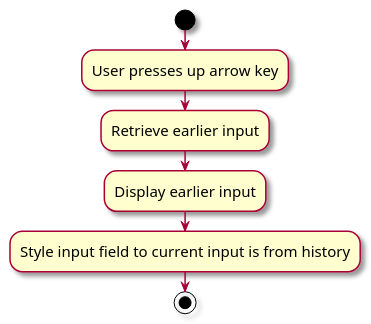
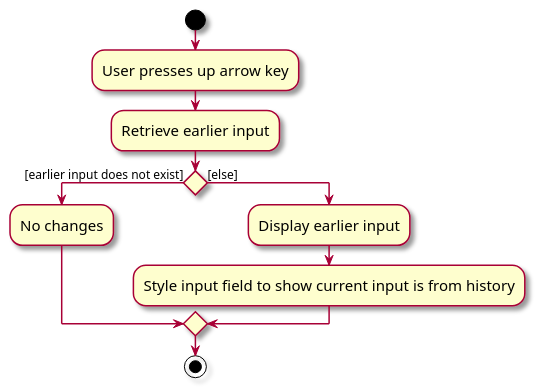
Before and after one commit to AY2526S2-CS2103-T11-4/tp: the diagram in diagrams/RetrieveEarlierInputActivityDiagram.puml, drawn with PlantUML. The commit also changed 23 other files, not shown here.

```diff
--- a/diagrams/RetrieveEarlierInputActivityDiagram.puml
+++ b/diagrams/RetrieveEarlierInputActivityDiagram.puml
@@ -1,16 +1,19 @@
 @startuml
 skin rose
 skinparam ActivityFontSize 15
 skinparam ArrowFontSize 12
 start
 
 :User presses up arrow key;
 
 :Retrieve earlier input;
 
-:Display earlier input;
-
-:Style input field to current input is from history;
+if () then ([earlier input does not exist])
+    :No changes;
+else ([else])
+    :Display earlier input;
+    :Style input field to show current input is from history;
+endif
 
 stop
 @enduml
```
